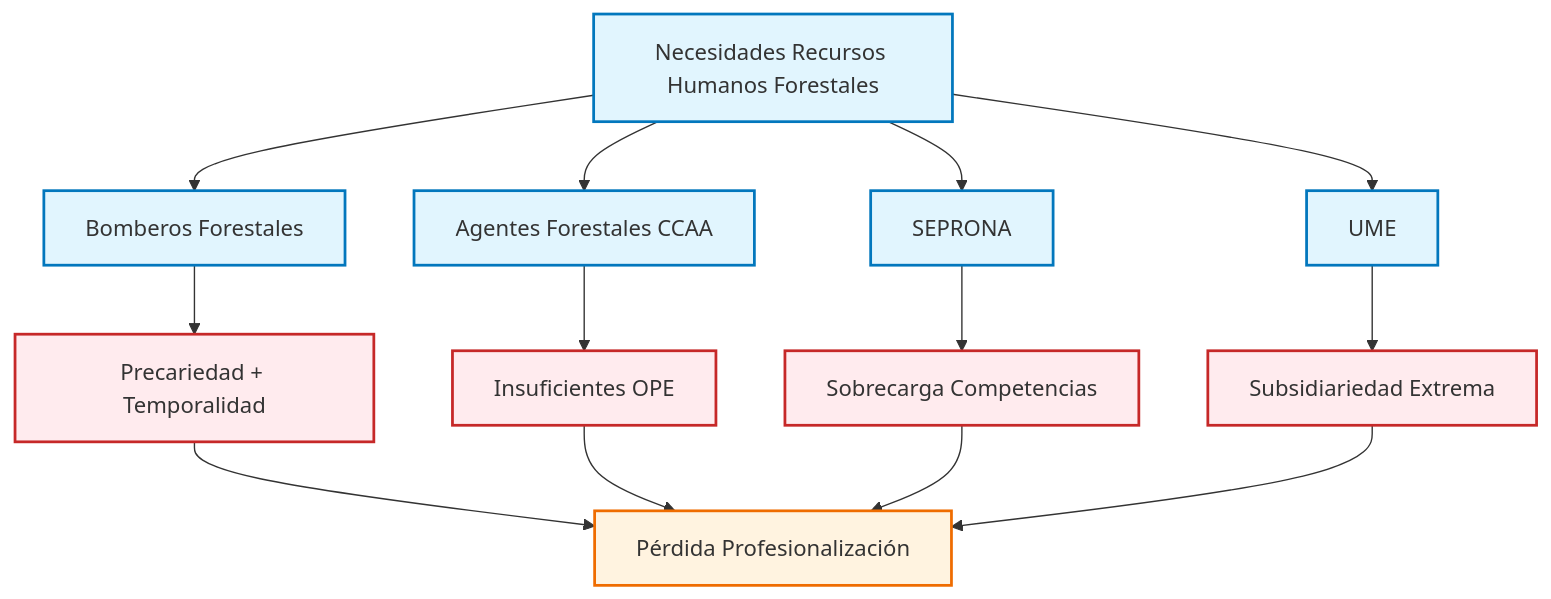
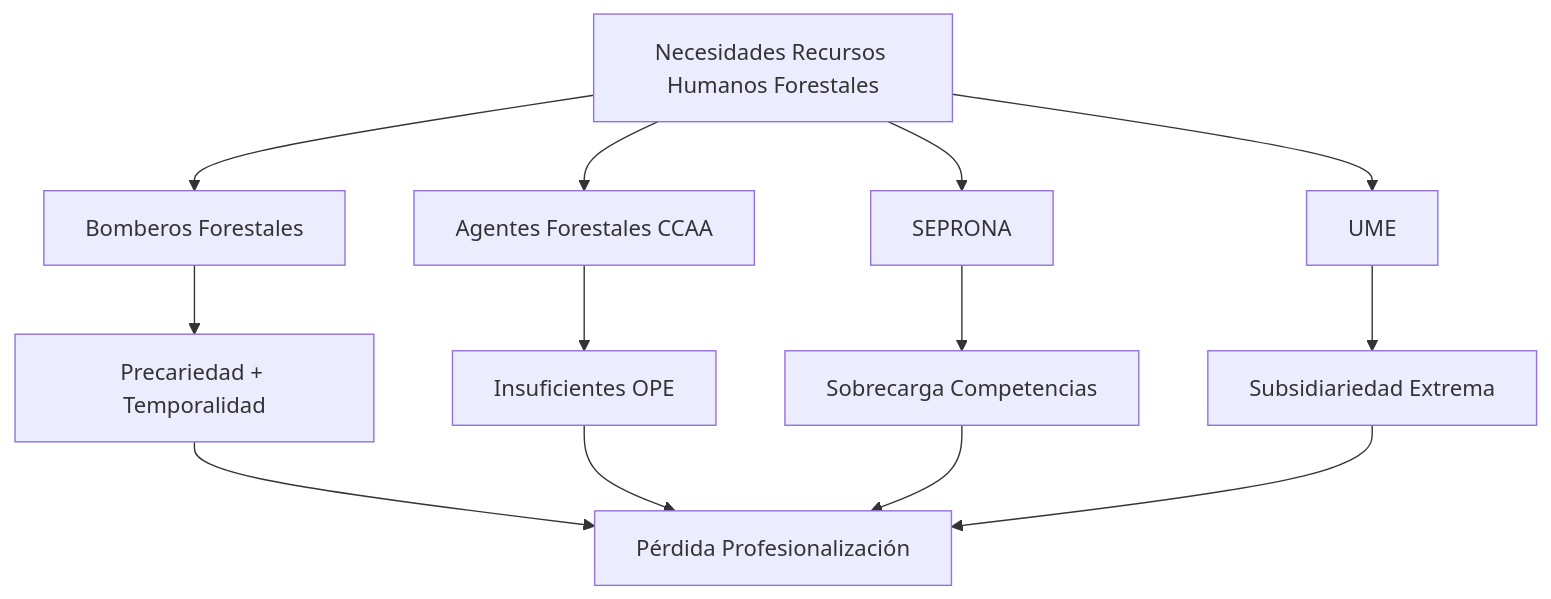
Before and after one commit to perpetuocambio/annotations: the sixth of 10 diagrams in politica/medioambiente/analisis_multifactorial_incendios.md, drawn with Mermaid. The commit also changed other lines of this file, not shown here.

````diff
--- a/politica/medioambiente/analisis_multifactorial_incendios.md
+++ b/politica/medioambiente/analisis_multifactorial_incendios.md
@@ -291,26 +285,22 @@
 ```mermaid
 flowchart TD
     A[Necesidades Recursos Humanos Forestales] --> B[Bomberos Forestales]
     A --> C[Agentes Forestales CCAA]
     A --> D[SEPRONA]
     A --> E[UME]
     
     B --> F[Precariedad + Temporalidad]
     C --> G[Insuficientes OPE]
     D --> H[Sobrecarga Competencias]
     E --> I[Subsidiariedad Extrema]
     
     F --> J[Pérdida Profesionalización]
     G --> J
     H --> J
     I --> J
-    
-    classDef recursos fill:#e1f5fe,stroke:#0277bd,stroke-width:2px
-    classDef problemas fill:#ffebee,stroke:#c62828,stroke-width:2px
-    classDef efecto fill:#fff3e0,stroke:#ef6c00,stroke-width:2px
-    
+        
     class A recursos
     class B,C,D,E recursos
     class F,G,H,I problemas
     class J efecto
 ```
````
